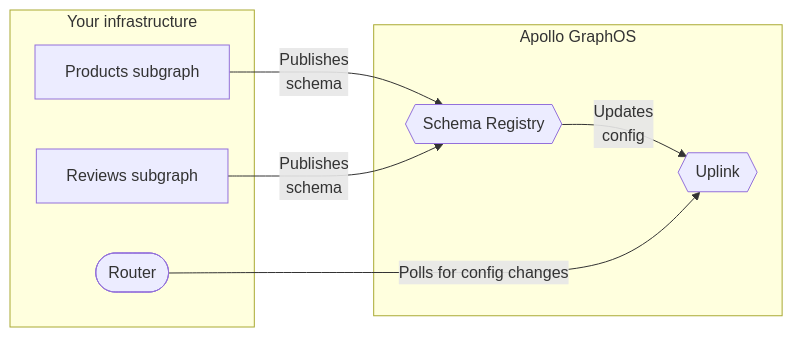
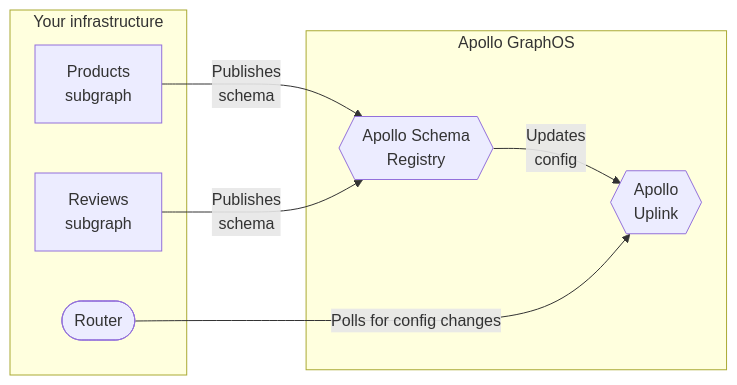
The diagram in docs/source/managed-federation/overview.mdx (apollographql/federation), drawn with Mermaid before and after one commit. The commit also changed 2 other files, not shown here.

Commit message:
Tweak managed fed docs to decommission duplicates in router

````diff
--- a/docs/source/managed-federation/overview.mdx
+++ b/docs/source/managed-federation/overview.mdx
@@ -11,17 +11,17 @@
 ```mermaid
 graph LR;
   subgraph "Your infrastructure"
-  serviceA[Products subgraph];
-  serviceB[Reviews subgraph];
+  serviceA[Products<br/>subgraph];
+  serviceB[Reviews<br/>subgraph];
   router([Router]);
   end
   subgraph "Apollo GraphOS"
-    registry{{Schema Registry}};
-    uplink{{Uplink}}
+    registry{{Apollo Schema<br/>Registry}};
+    uplink{{Apollo<br/>Uplink}}
   end
   serviceA & serviceB -->|Publishes<br/>schema| registry;
   registry -->|Updates<br/>config| uplink;
   router -->|Polls for config changes| uplink;
   class registry secondary;
   class uplink secondary;
 ```
````
